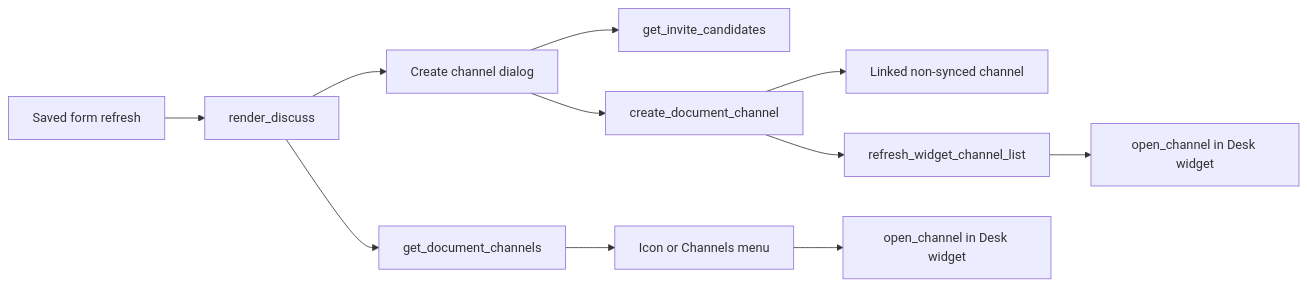
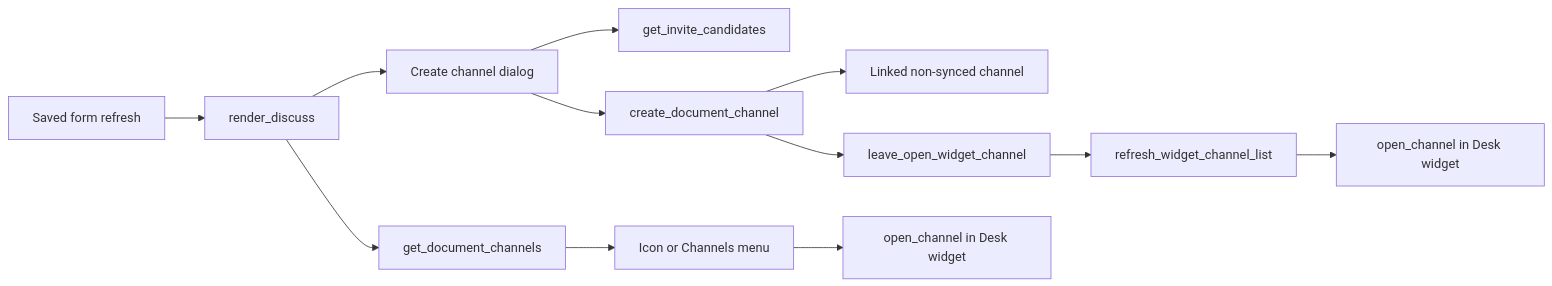
The second of 3 diagrams in README.md (Dinext-pro/dinext-raven), drawn with Mermaid before and after one commit. The commit also changed other lines of this file and 2 other files, not shown here.

First line of the commit message:
Enhance channel management in dinext_raven widget

````diff
--- a/README.md
+++ b/README.md
@@ -396,13 +398,14 @@
 ```mermaid
 flowchart LR
   form["Saved form refresh"] --> discuss["render_discuss"]
   discuss --> listApi["get_document_channels"]
   discuss --> createUi["Create channel dialog"]
   createUi --> candidates["get_invite_candidates"]
   createUi --> createApi["create_document_channel"]
   createApi --> linked["Linked non-synced channel"]
-  createApi --> refresh["refresh_widget_channel_list"]
+  createApi --> leave["leave_open_widget_channel"]
+  leave --> refresh["refresh_widget_channel_list"]
   refresh --> openCreated["open_channel in Desk widget"]
   listApi --> openBtn["Icon or Channels menu"]
   openBtn --> widget["open_channel in Desk widget"]
 ```
````
